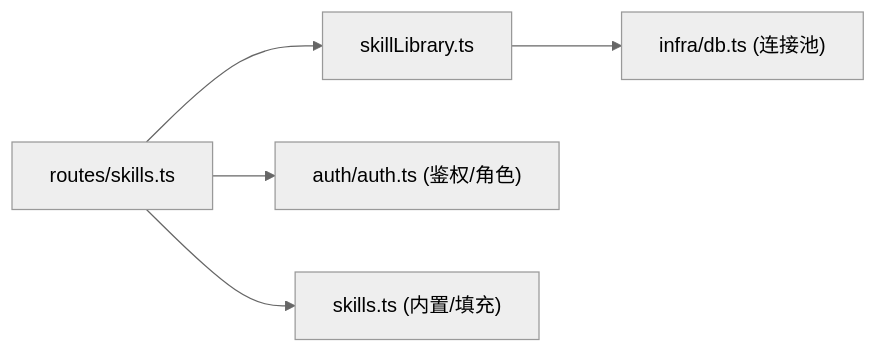
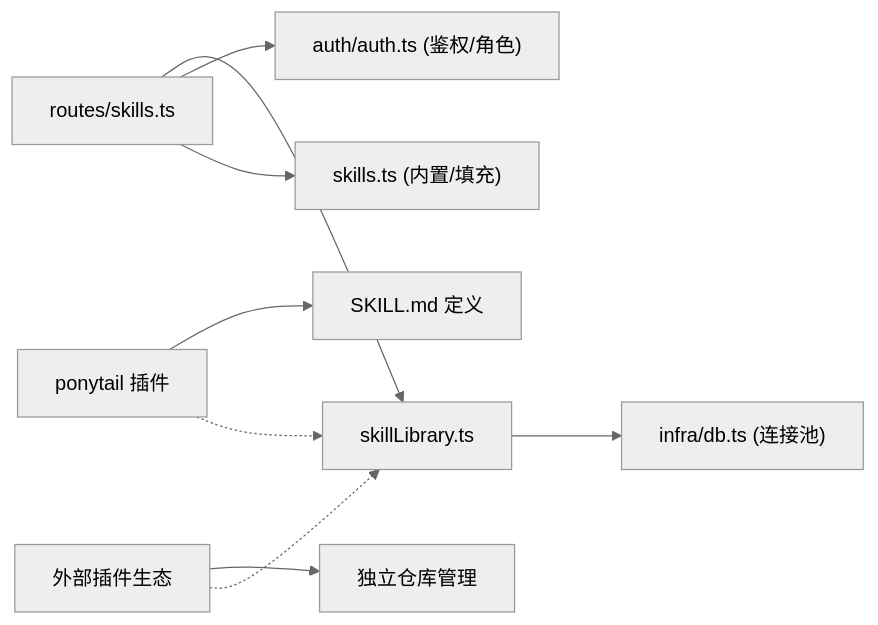
Before and after one commit to dgjin/smart-data-analytics: the sixth of 6 diagrams in .qoder/repowiki/zh/content/后端服务/核心业务模块/技能系统.md, drawn with Mermaid (neutral theme). The commit also changed other lines of this file and 146 other files, not shown here.

````diff
--- a/.qoder/repowiki/zh/content/后端服务/核心业务模块/技能系统.md
+++ b/.qoder/repowiki/zh/content/后端服务/核心业务模块/技能系统.md
@@ -225,7 +279,11 @@
 ```mermaid
 graph LR
 A["routes/skills.ts"] --> B["skillLibrary.ts"]
 A --> C["auth/auth.ts (鉴权/角色)"]
 B --> D["infra/db.ts (连接池)"]
 A --> E["skills.ts (内置/填充)"]
+F["ponytail 插件"] --> G["SKILL.md 定义"]
+H["外部插件生态"] --> I["独立仓库管理"]
+F -.-> B
+H -.-> B
 ```
````
